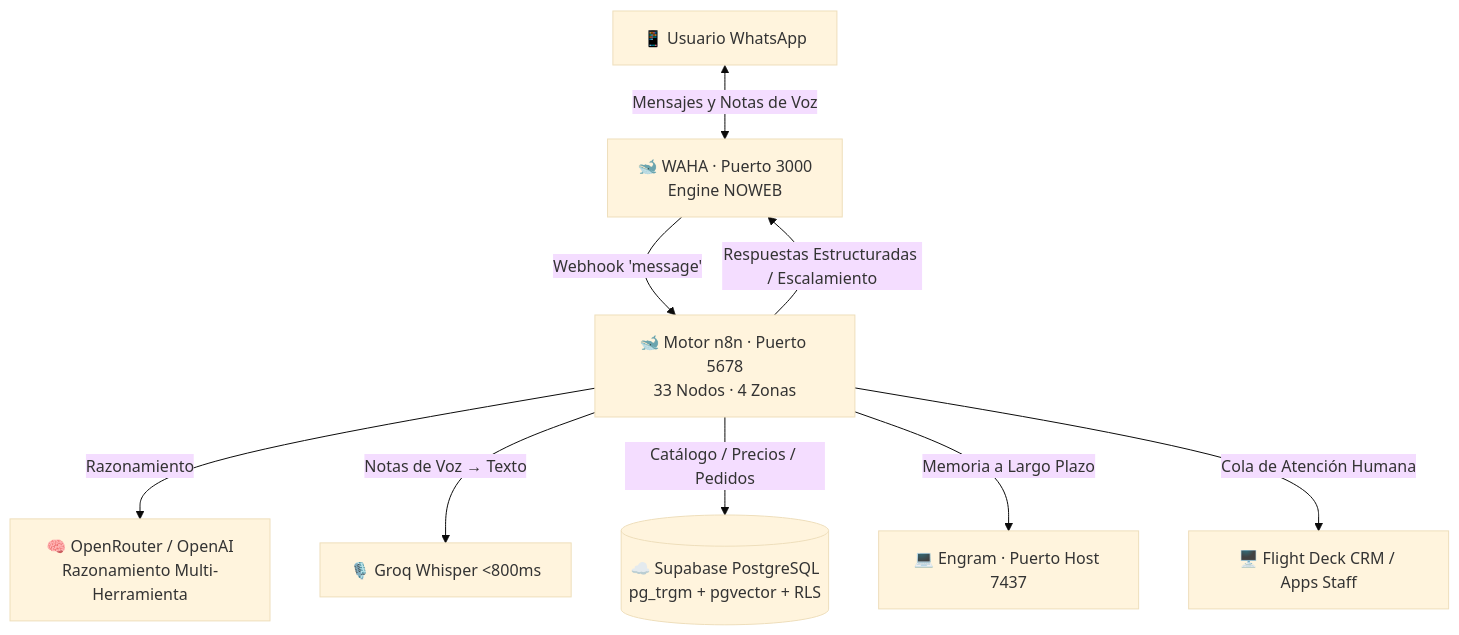
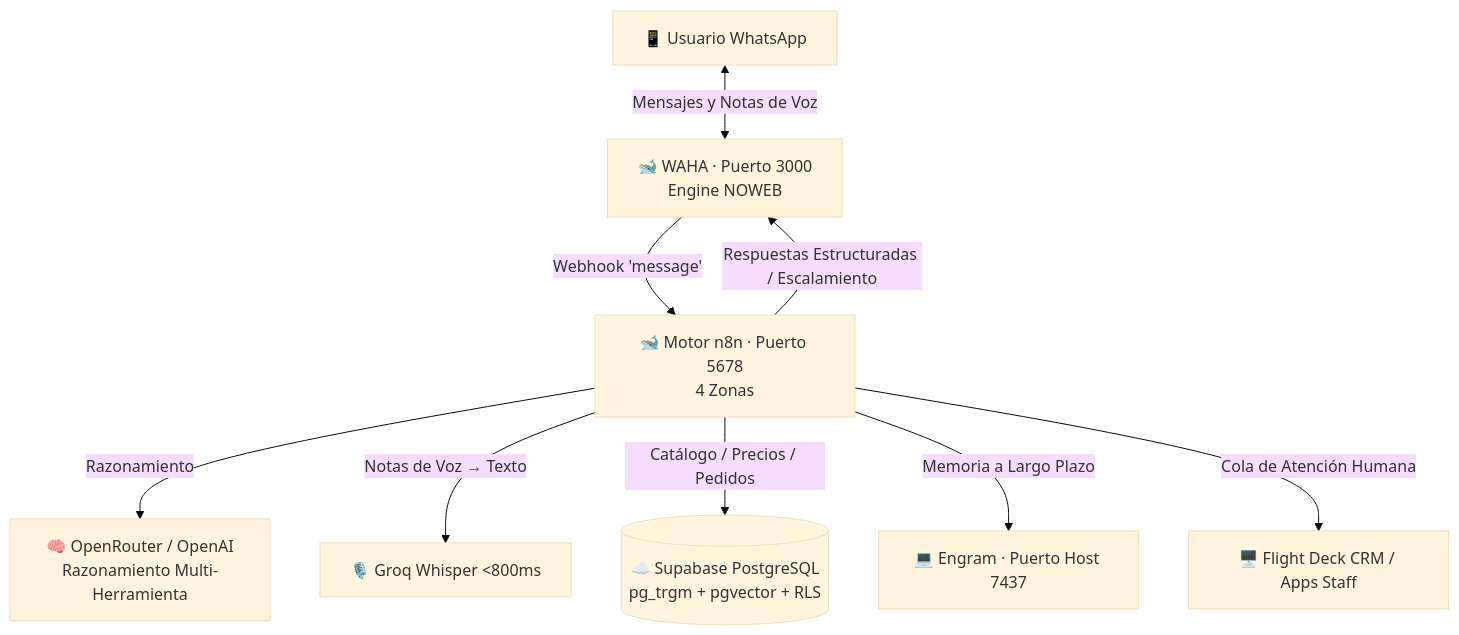
Before and after one commit to Gus2708/whatsapp-agent: the first of 3 diagrams in README.es.md, drawn with Mermaid (base theme). The commit also changed other lines of this file and 2 other files, not shown here.

````diff
--- a/README.es.md
+++ b/README.es.md
@@ -36,11 +36,11 @@
 ```mermaid
 graph TD
     Client["📱 Usuario WhatsApp"] <-->|"Mensajes y Notas de Voz"| WAHA["🐋 WAHA · Puerto 3000<br/>Engine NOWEB"]
-    WAHA -->|"Webhook 'message'"| N8N["🐋 Motor n8n · Puerto 5678<br/>33 Nodos · 4 Zonas"]
+    WAHA -->|"Webhook 'message'"| N8N["🐋 Motor n8n · Puerto 5678<br/>4 Zonas"]
     N8N -->|"Razonamiento"| Model["🧠 OpenRouter / OpenAI<br/>Razonamiento Multi-Herramienta"]
     N8N -->|"Notas de Voz → Texto"| Groq["🎙️ Groq Whisper <800ms"]
     N8N -->|"Catálogo / Precios / Pedidos"| Supabase[("☁️ Supabase PostgreSQL<br/>pg_trgm + pgvector + RLS")]
     N8N -->|"Memoria a Largo Plazo"| Engram["💻 Engram · Puerto Host 7437"]
     N8N -->|"Respuestas Estructuradas / Escalamiento"| WAHA
     N8N -->|"Cola de Atención Humana"| FlightDeck["🖥️ Flight Deck CRM / Apps Staff"]
 ```
````
